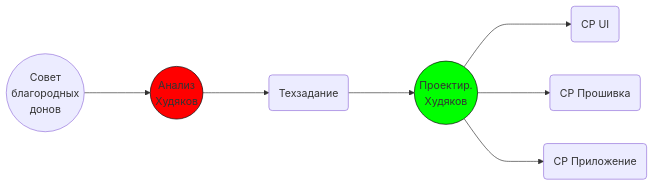
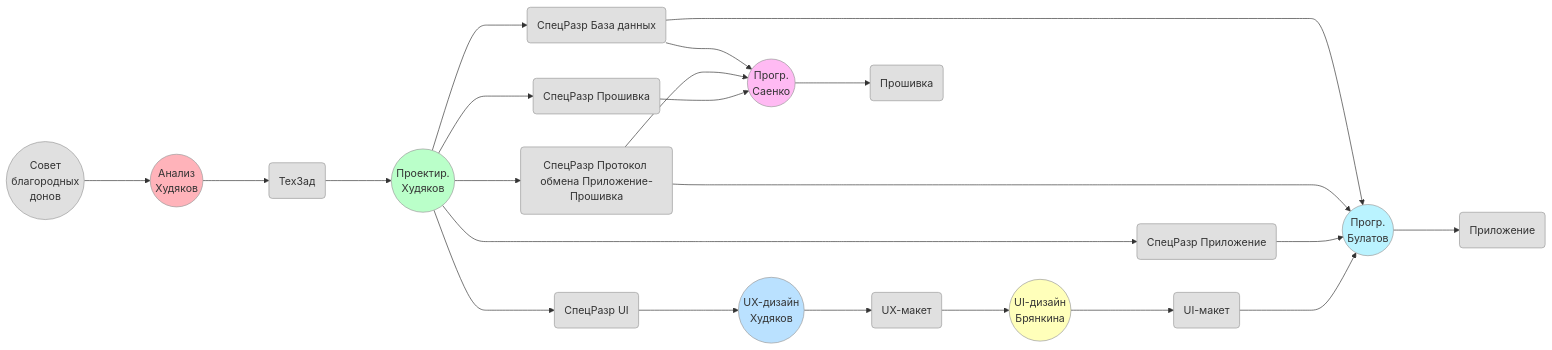
Before and after one commit to KhudyakovAlex/Synapse: the diagram in Project/process.md, drawn with Mermaid. The commit also changed 1 other file, not shown here.

Commit message:
Update process diagram colors: pastel for colored nodes, gray for others

````diff
--- a/Project/process.md
+++ b/Project/process.md
@@ -3,22 +3,75 @@
 ```mermaid
 flowchart LR
     SBD((Совет<br>благородных<br>донов))
+    
     ANAL((Анализ<br>Худяков))
-    PRD( Техзадание )
+    
+    PRD( ТехЗад )
+    
     PRO((Проектир.<br>Худяков))
-    DSUI( СР UI )
-    DSFW( СР Прошивка )
-    DSAPP( СР Приложение )
+    
+    DSUI( СпецРазр UI )
+    DSAPP( СпецРазр Приложение )
+    DSDB( СпецРазр База данных )
+    DSP(СпецРазр Протокол обмена Приложение-Прошивка)
+    DSFW( СпецРазр Прошивка )
+
+    UIUXD((UX-дизайн<br>Худяков))
+    UIUX( UX-макет )
+    APPD(( Прогр.<br>Булатов ))
+
+    FWD(( Прогр.<br>Саенко ))
+
+    UIUID((UI-дизайн<br>Брянкина))
+    UIUI( UI-макет )
+
+    FW( Прошивка )
+    APP( Приложение )
 
     SBD ---> ANAL
     ANAL ---> PRD
     PRD ---> PRO
     PRO ---> DSUI
     PRO ---> DSFW
     PRO ---> DSAPP
+    PRO ---> DSP
+    PRO ---> DSDB
 
-    style ANAL fill:#F00,stroke:#000
-    style PRO fill:#0F0,stroke:#000
+    DSUI ---> UIUXD
+    UIUXD ---> UIUX
+    UIUX ---> UIUID
+    UIUID ---> UIUI
+
+    UIUI ---> APPD
+    DSAPP ---> APPD
+    DSP ---> APPD
+    DSDB ---> APPD
+
+    DSFW ---> FWD
+    DSP ---> FWD
+    DSDB ---> FWD
+
+    FWD ---> FW
+    APPD ---> APP
+
+    style ANAL fill:#FFB3BA,stroke:#999
+    style PRO fill:#BAFFC9,stroke:#999
+    style UIUXD fill:#BAE1FF,stroke:#999
+    style UIUID fill:#FFFFBA,stroke:#999
+    style APPD fill:#BAF3FF,stroke:#999
+    style FWD fill:#FFBAF3,stroke:#999
+    
+    style SBD fill:#E0E0E0,stroke:#999
+    style PRD fill:#E0E0E0,stroke:#999
+    style DSUI fill:#E0E0E0,stroke:#999
+    style DSAPP fill:#E0E0E0,stroke:#999
+    style DSDB fill:#E0E0E0,stroke:#999
+    style DSP fill:#E0E0E0,stroke:#999
+    style DSFW fill:#E0E0E0,stroke:#999
+    style UIUX fill:#E0E0E0,stroke:#999
+    style UIUI fill:#E0E0E0,stroke:#999
+    style FW fill:#E0E0E0,stroke:#999
+    style APP fill:#E0E0E0,stroke:#999
 
     click PRD "https://khudyakovalex.github.io/Synapse/INDEX/PRD/SynapsePRD.html"
 ```
````
